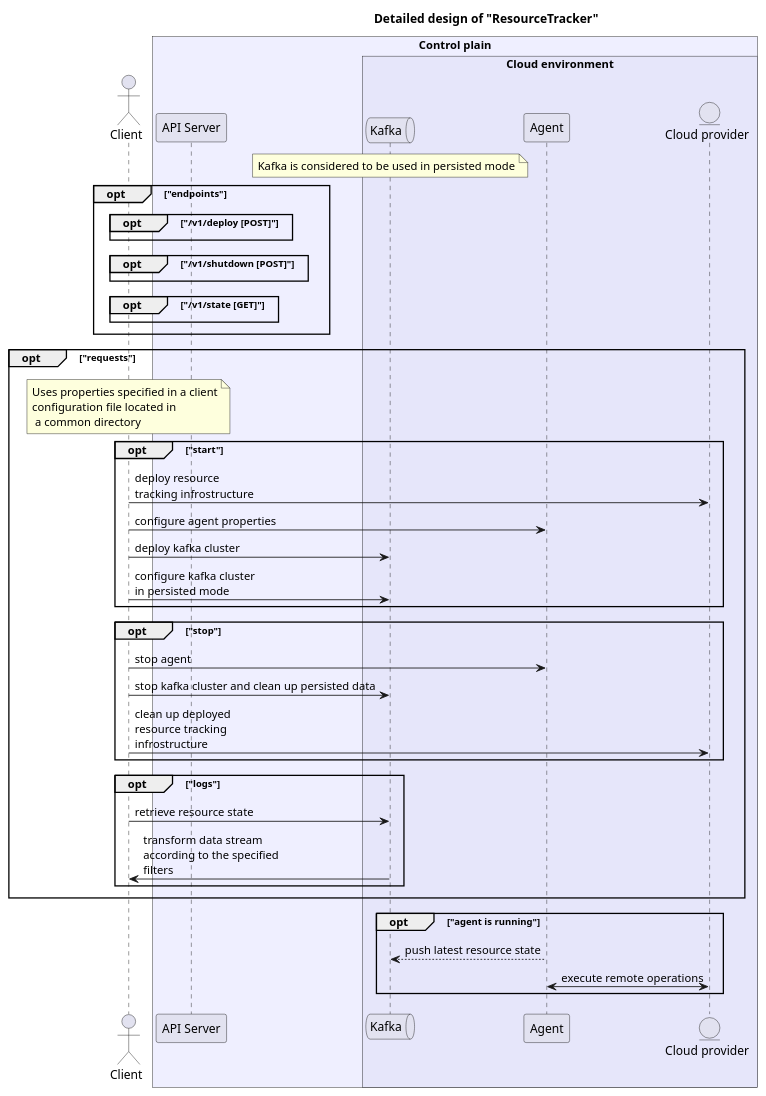
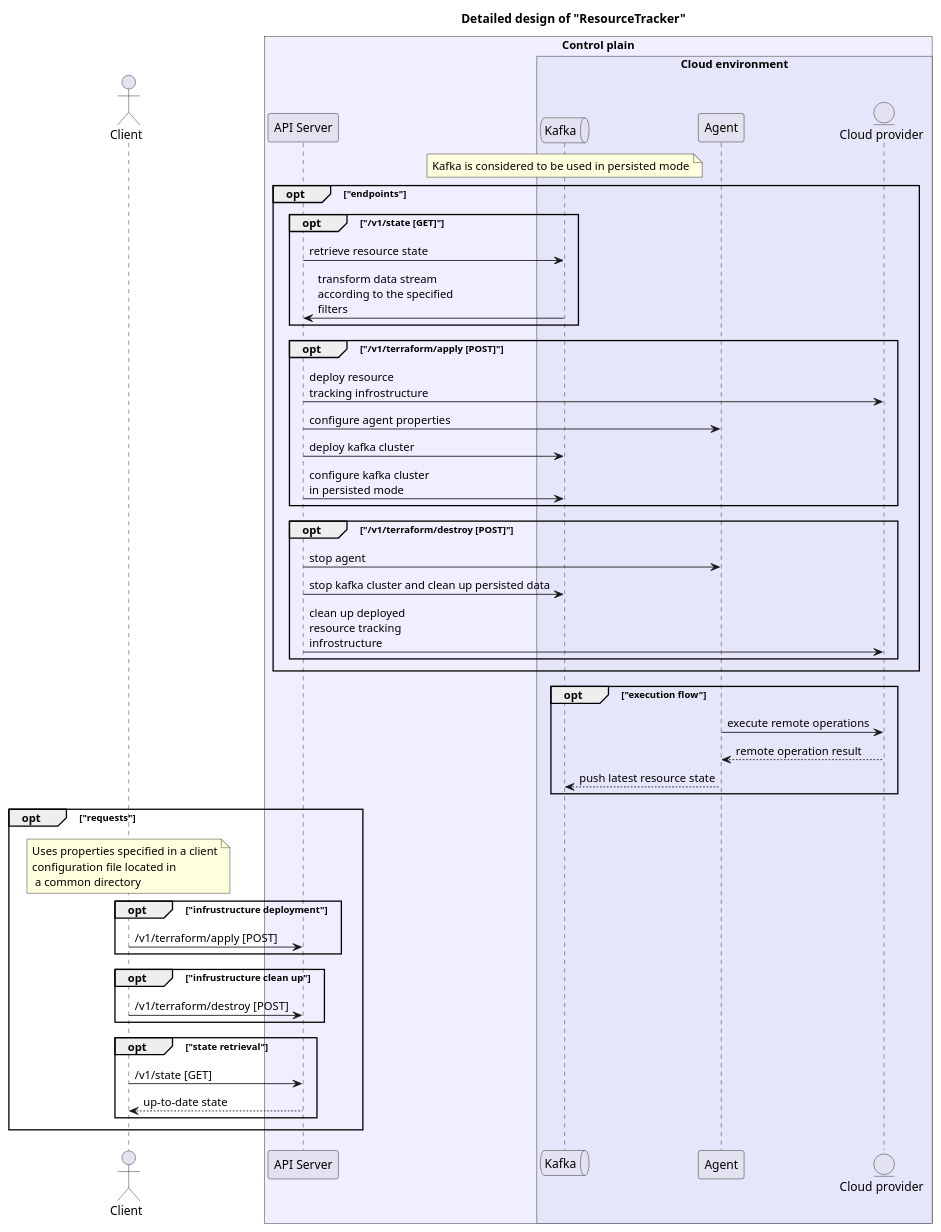
The diagram in docs/detailed-design-raw.md (YarikRevich/ResourceTracker), drawn with PlantUML before and after one commit. The commit also changed 69 other files, not shown here.

````diff
--- a/docs/detailed-design-raw.md
+++ b/docs/detailed-design-raw.md
@@ -1,59 +1,61 @@
 ```plantuml
 !pragma teoz true
 
 title 
     Detailed design of "ResourceTracker" 
 end title
 
 actor "Client" as client
 
 box "Control plain" #MOTIVATION
 participant "API Server" as apiserver
 
 box "Cloud environment" #Lavender
 queue "Kafka" as kafka
 participant "Agent" as agent
 entity "Cloud provider" as cloudprovider
 end box
 
 end box
 
 note over kafka: Kafka is considered to be used in persisted mode
 
 opt "endpoints"
-opt "/v1/deploy [POST]"
+opt "/v1/state [GET]"
+apiserver -> kafka: retrieve resource state
+kafka -> apiserver: transform data stream\naccording to the specified\nfilters
 end
-opt "/v1/shutdown [POST]"
+opt "/v1/terraform/apply [POST]"
+apiserver -> cloudprovider: deploy resource\ntracking infrostructure
+apiserver -> agent: configure agent properties
+apiserver -> kafka: deploy kafka cluster
+apiserver -> kafka: configure kafka cluster\nin persisted mode
 end
-opt "/v1/state [GET]"
+opt "/v1/terraform/destroy [POST]"
+apiserver -> agent: stop agent
+apiserver -> kafka: stop kafka cluster and clean up persisted data
+apiserver -> cloudprovider: clean up deployed\nresource tracking\ninfrostructure
 end
+end
+
+opt "execution flow"
+agent -> cloudprovider: execute remote operations
+agent <-- cloudprovider: remote operation result
+agent --> kafka: push latest resource state
 end
 
 opt "requests"
 note over client: Uses properties specified in a client\nconfiguration file located in\n a common directory
 
-opt "start"
-client -> cloudprovider: deploy resource\ntracking infrostructure
-client -> agent: configure agent properties
-client -> kafka: deploy kafka cluster
-client -> kafka: configure kafka cluster\nin persisted mode
+opt "infrustructure deployment"
+client -> apiserver: /v1/terraform/apply [POST]
 end
-
-opt "stop"
-client -> agent: stop agent
-client -> kafka: stop kafka cluster and clean up persisted data
-client -> cloudprovider: clean up deployed\nresource tracking\ninfrostructure
+opt "infrustructure clean up"
+client -> apiserver: /v1/terraform/destroy [POST]
 end
-
-opt "logs"
-client -> kafka: retrieve resource state
-kafka -> client: transform data stream\naccording to the specified\nfilters
-end
-
-end
-
-opt "agent is running"
-agent --> kafka: push latest resource state
-agent <-> cloudprovider: execute remote operations
+opt "state retrieval"
+client -> apiserver: /v1/state [GET]
+client <-- apiserver: up-to-date state 
+end 
 end
 ```
````
